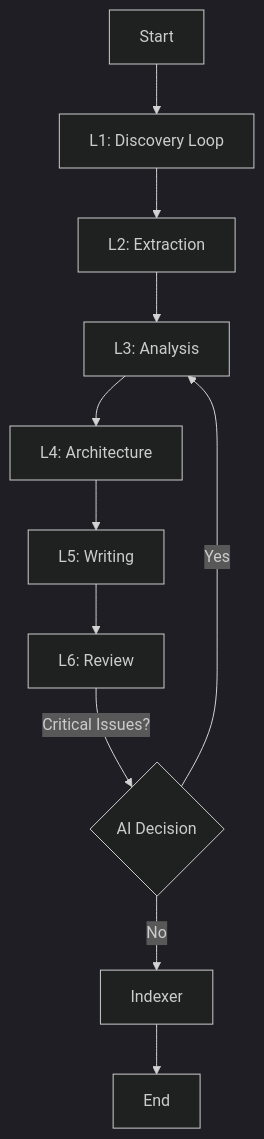
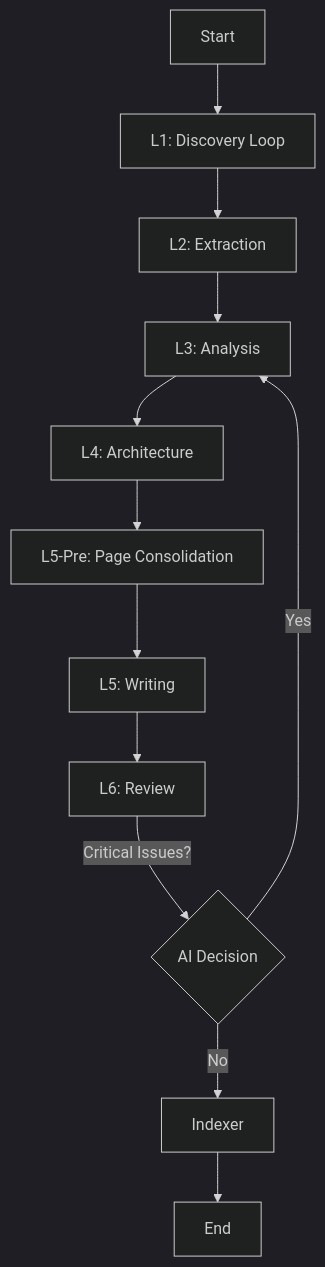
One commit to ifapmzadu6/vscode-copilot-deepwiki-extention changed the diagram in docs/agent-orchestration.md. Above: the diagram before and after it, drawn with Mermaid (dark theme). The commit also changed other lines of this file and 2 other files, not shown here.

Commit message:
docs: update documentation for L5-Pre page consolidation
- Update README with L5-Pre phase description and directory structure
- Update agent-orchestration.md with L5-Pre in pipeline diagram
- Add finalPageCount to completion message

````diff
--- a/docs/agent-orchestration.md
+++ b/docs/agent-orchestration.md
@@ -84,14 +85,15 @@
 ```mermaid
 graph TD
     Start --> L1[L1: Discovery Loop]
     L1 --> L2[L2: Extraction]
     L2 --> L3[L3: Analysis]
     L3 --> L4[L4: Architecture]
-    L4 --> L5[L5: Writing]
+    L4 --> L5Pre[L5-Pre: Page Consolidation]
+    L5Pre --> L5[L5: Writing]
     L5 --> L6[L6: Review]
-    
+
     L6 -- "Critical Issues?" --> Decision{AI Decision}
     Decision -- "Yes" --> L3
     Decision -- "No" --> Indexer
     Indexer --> End
 ```
````
